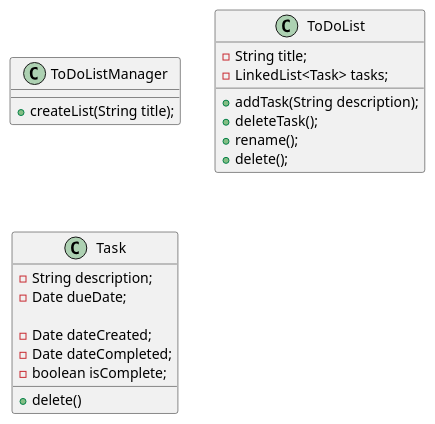
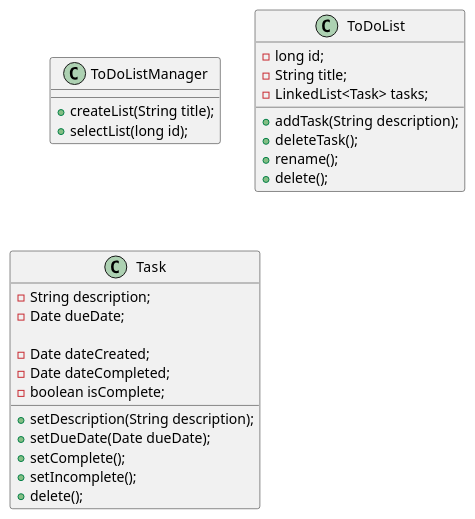
The diagram in docs/ToDoList.puml (RyanTheGuyInSpace/hodge-app1-impl), drawn with PlantUML before and after one commit.

Commit message:
Updated UML diagram

```diff
--- a/docs/ToDoList.puml
+++ b/docs/ToDoList.puml
@@ -1,30 +1,35 @@
 @startuml
 
 class ToDoListManager {
     +createList(String title);
+    +selectList(long id);
 }
 
 class ToDoList {
+    -long id;
     -String title;
     -LinkedList<Task> tasks;
 
     +addTask(String description);
     +deleteTask();
     +rename();
     +delete();
-
 }
 
 class Task {
     -String description;
     -Date dueDate;
     'Format due date as YYYY-MM-DD'
 
     -Date dateCreated;
     -Date dateCompleted;
     -boolean isComplete;
 
-    +delete()
+    +setDescription(String description);
+    +setDueDate(Date dueDate);
+    +setComplete();
+    +setIncomplete();
+    +delete();
 }
 
 @enduml
```
